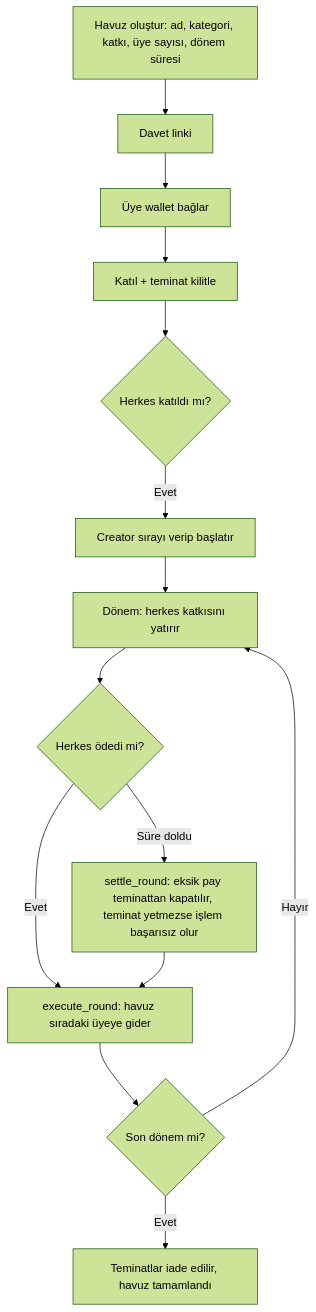
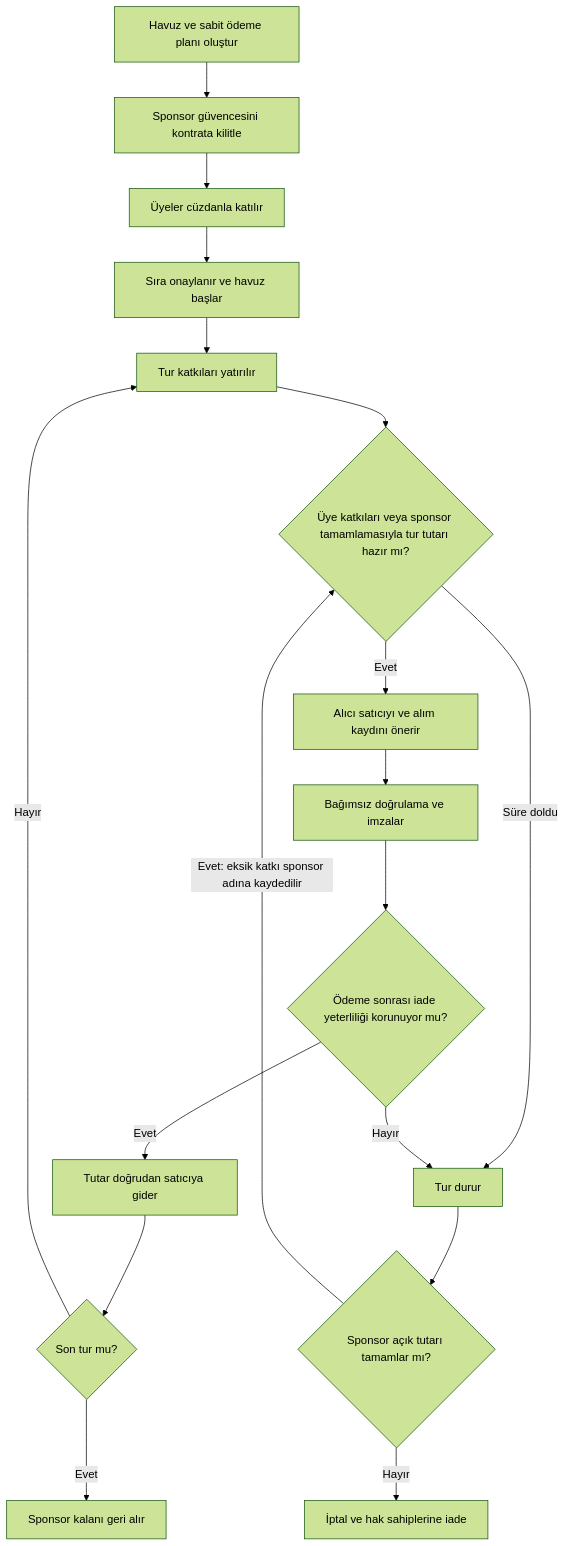
One commit to yusufarslan44/Stellerpool changed the diagram in docs/plan.md. Above: the diagram before and after it, drawn with Mermaid (forest theme). The commit also changed other lines of this file and 1 other file, not shown here.

````diff
--- a/docs/plan.md
+++ b/docs/plan.md
@@ -42,16 +40,20 @@
-```mermaid
+~~~mermaid
 flowchart TD
-  A[Havuz oluştur: ad, kategori, katkı, üye sayısı, dönem süresi] --> B[Davet linki]
-  B --> C[Üye wallet bağlar]
-  C --> D[Katıl + teminat kilitle]
-  D --> E{Herkes katıldı mı?}
-  E -->|Evet| F[Creator sırayı verip başlatır]
-  F --> G[Dönem: herkes katkısını yatırır]
-  G --> H{Herkes ödedi mi?}
-  H -->|Evet| I[execute_round: havuz sıradaki üyeye gider]
-  H -->|Süre doldu| J[settle_round: eksik pay teminattan kapatılır, teminat yetmezse işlem başarısız olur]
-  J --> I
-  I --> K{Son dönem mi?}
-  K -->|Hayır| G
-  K -->|Evet| L[Teminatlar iade edilir, havuz tamamlandı]
-```
+  A[Havuz ve sabit ödeme planı oluştur] --> B[Sponsor güvencesini kontrata kilitle]
+  B --> C[Üyeler cüzdanla katılır]
+  C --> D[Sıra onaylanır ve havuz başlar]
+  D --> E[Tur katkıları yatırılır]
+  E --> F{Üye katkıları veya sponsor tamamlamasıyla tur tutarı hazır mı?}
+  F -->|Evet| G[Alıcı satıcıyı ve alım kaydını önerir]
+  G --> H[Bağımsız doğrulama ve imzalar]
+  H --> I{Ödeme sonrası iade yeterliliği korunuyor mu?}
+  I -->|Evet| J[Tutar doğrudan satıcıya gider]
+  J --> K{Son tur mu?}
+  K -->|Hayır| E
+  K -->|Evet| L[Sponsor kalanı geri alır]
+  F -->|Süre doldu| M[Tur durur]
+  M --> N{Sponsor açık tutarı tamamlar mı?}
+  N -->|Evet: eksik katkı sponsor adına kaydedilir| F
+  N -->|Hayır| O[İptal ve hak sahiplerine iade]
+  I -->|Hayır| M
+~~~
````
